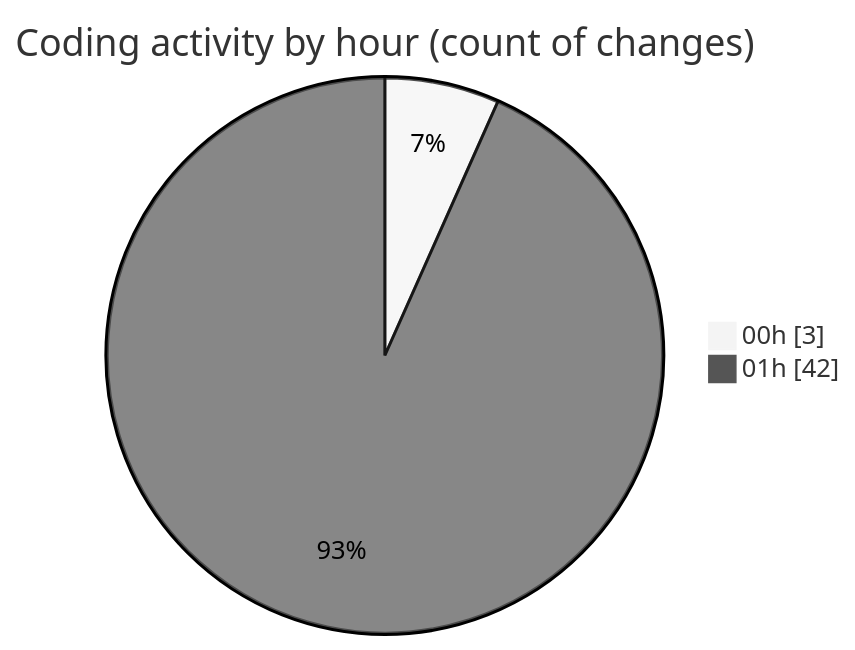
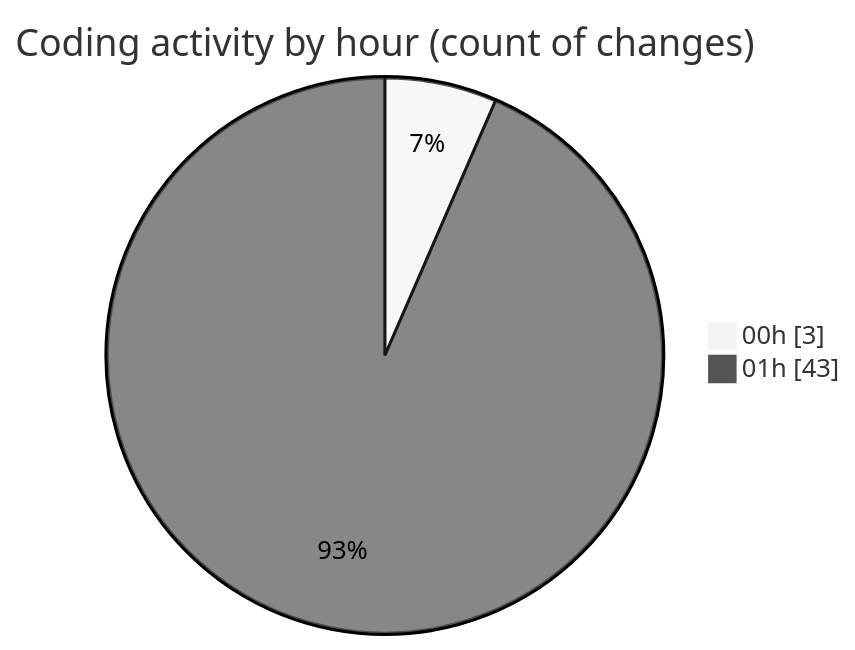
The second of 2 diagrams in 2025-10-02/oura-api/README.md (mevix1/code-tracking), drawn with Mermaid (neutral theme) before and after one commit. The commit also changed other lines of this file and 1 other file, not shown here.

````diff
--- a/2025-10-02/oura-api/README.md
+++ b/2025-10-02/oura-api/README.md
@@ -68,6 +68,6 @@
 ```mermaid
 pie showData
 title Coding activity by hour (count of changes)
 "00h" : 3
-"01h" : 42
+"01h" : 43
 ```
````
